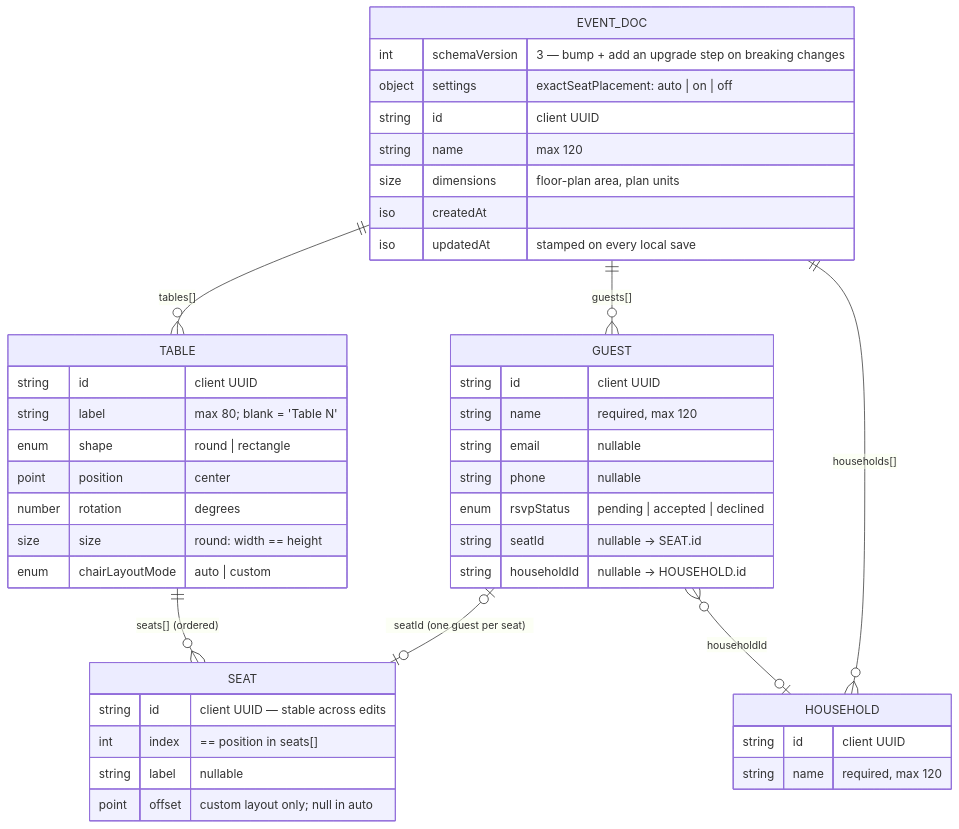
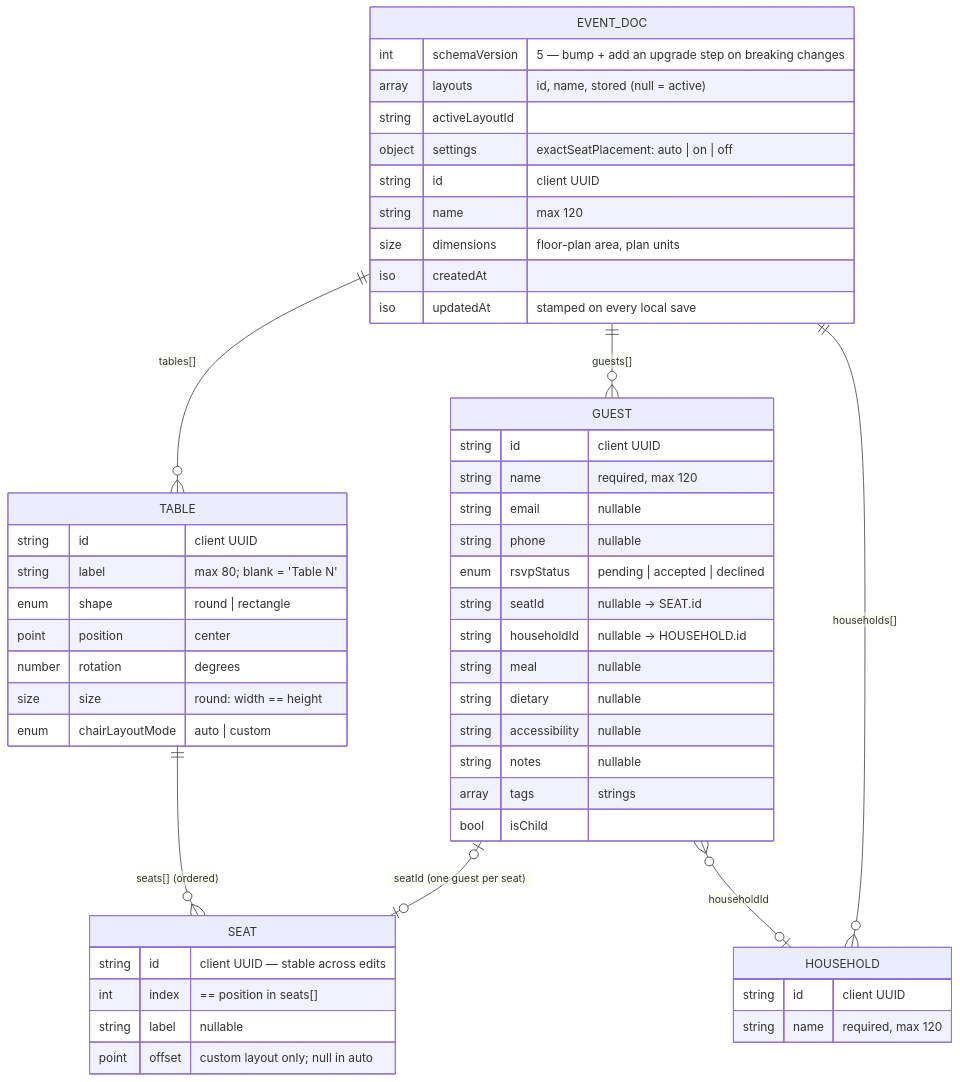
Before and after one commit to joshkat/seeater: the second of 2 diagrams in docs/data-model.md, drawn with Mermaid. The commit also changed other lines of this file and 2 other files, not shown here.

Commit message:
docs: layouts and guest details; phase B review guide

````diff
--- a/docs/data-model.md
+++ b/docs/data-model.md
@@ -59,47 +59,55 @@
 ```mermaid
 erDiagram
   EVENT_DOC ||--o{ TABLE : "tables[]"
   TABLE ||--o{ SEAT : "seats[] (ordered)"
   EVENT_DOC ||--o{ GUEST : "guests[]"
   EVENT_DOC ||--o{ HOUSEHOLD : "households[]"
   GUEST |o--o| SEAT : "seatId (one guest per seat)"
   GUEST }o--o| HOUSEHOLD : "householdId"
 
   EVENT_DOC {
-    int schemaVersion "3 — bump + add an upgrade step on breaking changes"
+    int schemaVersion "5 — bump + add an upgrade step on breaking changes"
+    array layouts "id, name, stored (null = active)"
+    string activeLayoutId
     object settings "exactSeatPlacement: auto | on | off"
     string id "client UUID"
     string name "max 120"
     size dimensions "floor-plan area, plan units"
     iso createdAt
     iso updatedAt "stamped on every local save"
   }
   TABLE {
     string id "client UUID"
     string label "max 80; blank = 'Table N'"
     enum shape "round | rectangle"
     point position "center"
     number rotation "degrees"
     size size "round: width == height"
     enum chairLayoutMode "auto | custom"
   }
   SEAT {
     string id "client UUID — stable across edits"
     int index "== position in seats[]"
     string label "nullable"
     point offset "custom layout only; null in auto"
   }
   GUEST {
     string id "client UUID"
     string name "required, max 120"
     string email "nullable"
     string phone "nullable"
     enum rsvpStatus "pending | accepted | declined"
     string seatId "nullable → SEAT.id"
     string householdId "nullable → HOUSEHOLD.id"
+    string meal "nullable"
+    string dietary "nullable"
+    string accessibility "nullable"
+    string notes "nullable"
+    array tags "strings"
+    bool isChild
   }
   HOUSEHOLD {
     string id "client UUID"
     string name "required, max 120"
   }
 ```
````
